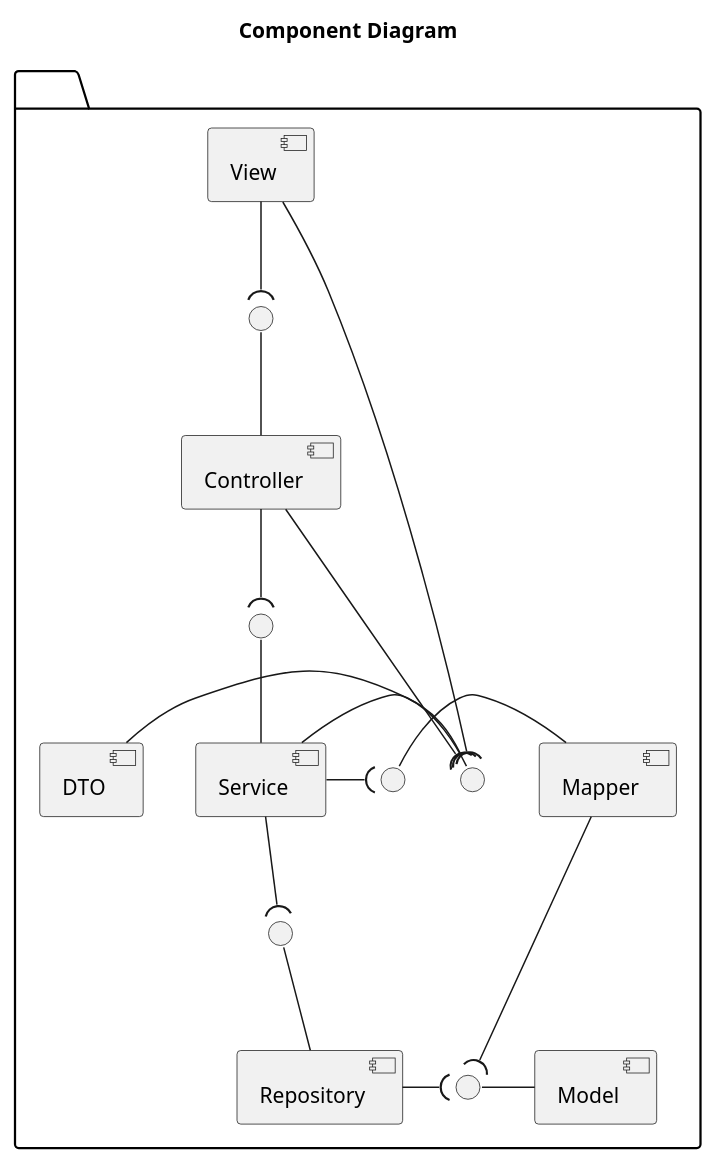
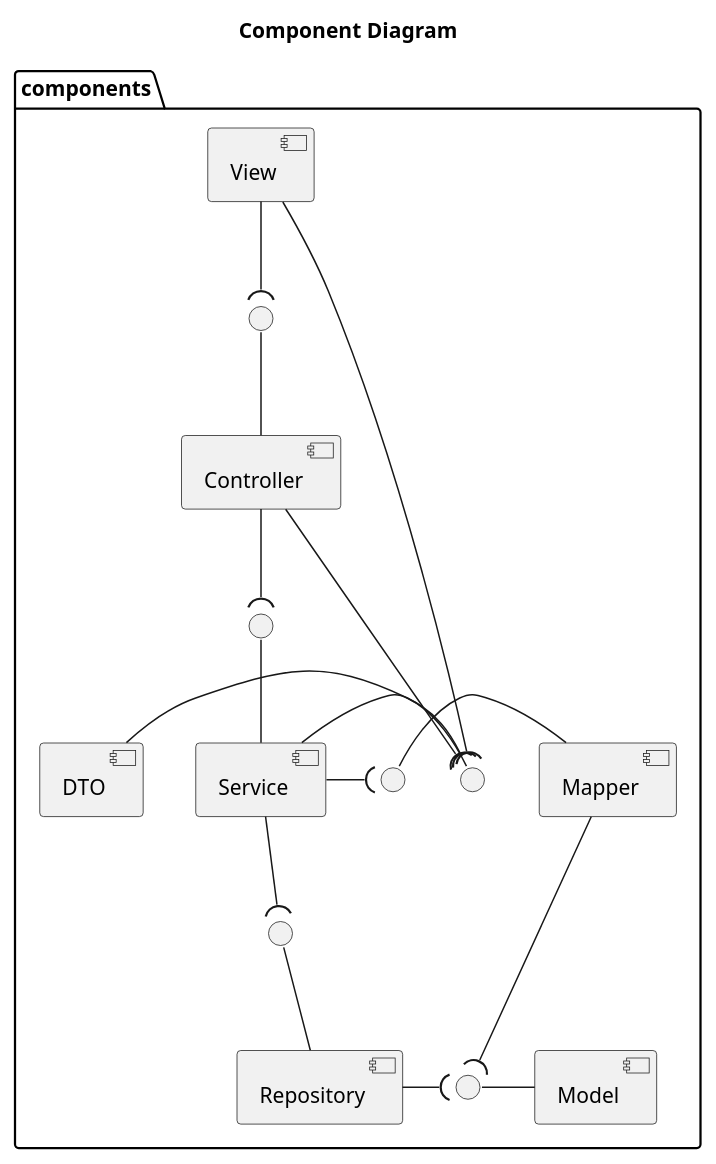
One commit to goncaloribeiro1234/fsoft2026_1DD_4 changed the diagram in Documentation/Iteration 2/Design/component_diagram.puml. Above: the diagram before and after it, drawn with PlantUML. The commit also changed 14 other files, not shown here.

```diff
--- a/Documentation/Iteration 2/Design/component_diagram.puml
+++ b/Documentation/Iteration 2/Design/component_diagram.puml
@@ -1,51 +1,51 @@
 @startuml
 skinparam componentStyle uml2
 top to bottom direction
 
 title Component Diagram
 
-package "          " {
+package "components" {
 
     component [View] as V
     component [Controller] as C
     component [Service] as S
     component [Repository] as R
 
     component [DTO] as D
     component [Mapper] as M
     component [Model] as Mod
 
     () " " as i1
     () " " as i2
     () " " as i3
     () " " as i4
     () " " as i5
     () " " as i6
 
     V -right[hidden]- D
     C -right[hidden]- D
     S -right[hidden]- M
     R -right[hidden]- Mod
 
     V -down-( i1
     i1 -down- C
 
     C -down-( i2
     i2 -down- S
 
     S -down-( i3
     i3 -down- R
 
     D -left- i4
     V -right-( i4
     C -right-( i4
     S -right-( i4
 
     S -right-( i5
     i5 - M
 
     M -down-( i6
     R -right-( i6
     i6 - Mod
 }
 @enduml
```
